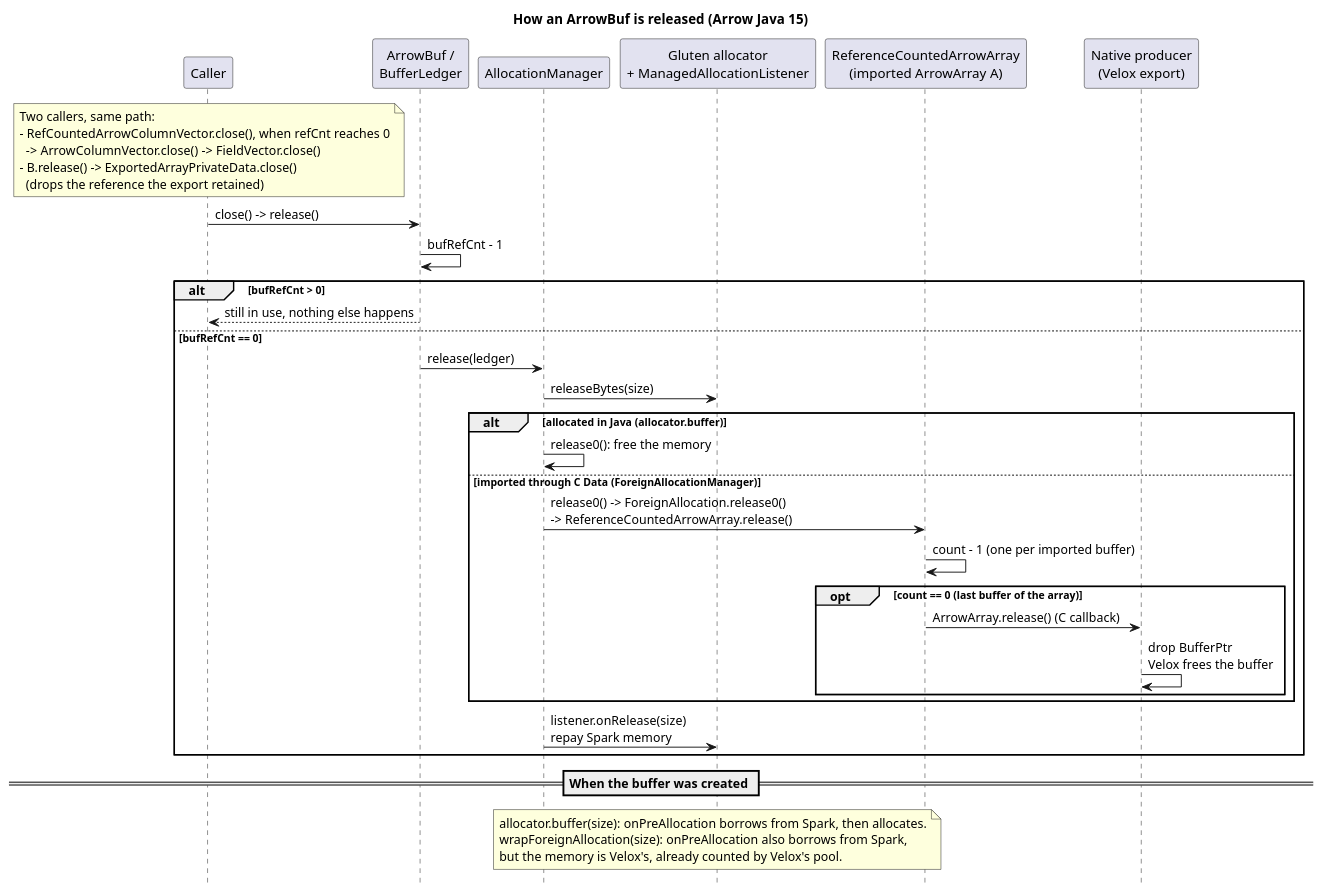
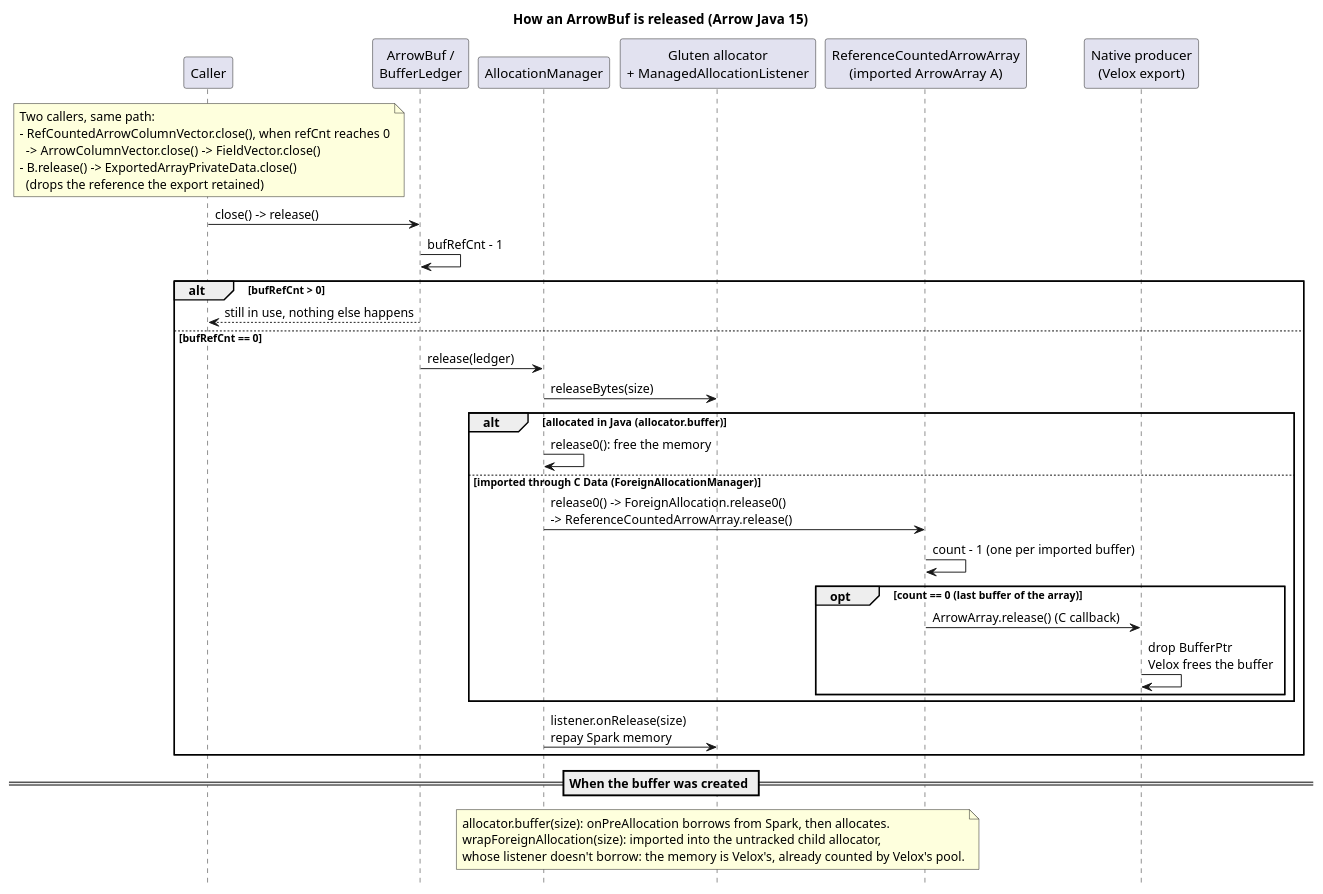
One commit to FelixYBW/gluten changed the second of 2 diagrams in docs/backends/velox/developers/ArrowColumnarConversion.md. Above: the diagram before and after it, drawn with PlantUML. The commit also changed other lines of this file and 4 other files, not shown here.

First line of the commit message:
[GLUTEN-13381][VL] Don't reserve Spark memory again for Arrow buffers loaded from native batches

````diff
--- a/docs/backends/velox/developers/ArrowColumnarConversion.md
+++ b/docs/backends/velox/developers/ArrowColumnarConversion.md
@@ -270,52 +278,52 @@
 ```plantuml
 @startuml ArrowBufReleaseDispatch
 skinparam shadowing false
 skinparam sequenceMessageAlign left
 skinparam responseMessageBelowArrow true
 hide footbox
 
 title How an ArrowBuf is released (Arrow Java 15)
 
 participant "Caller" as C
 participant "ArrowBuf /\nBufferLedger" as L
 participant "AllocationManager" as M
 participant "Gluten allocator\n+ ManagedAllocationListener" as A
 participant "ReferenceCountedArrowArray\n(imported ArrowArray A)" as R
 participant "Native producer\n(Velox export)" as N
 
 note over C
   Two callers, same path:
   - RefCountedArrowColumnVector.close(), when refCnt reaches 0
     -> ArrowColumnVector.close() -> FieldVector.close()
   - B.release() -> ExportedArrayPrivateData.close()
     (drops the reference the export retained)
 end note
 
 C -> L : close() -> release()
 L -> L : bufRefCnt - 1
 alt bufRefCnt > 0
   L --> C : still in use, nothing else happens
 else bufRefCnt == 0
   L -> M : release(ledger)
   M -> A : releaseBytes(size)
   alt allocated in Java (allocator.buffer)
     M -> M : release0(): free the memory
   else imported through C Data (ForeignAllocationManager)
     M -> R : release0() -> ForeignAllocation.release0()\n-> ReferenceCountedArrowArray.release()
     R -> R : count - 1 (one per imported buffer)
     opt count == 0 (last buffer of the array)
       R -> N : ArrowArray.release() (C callback)
       N -> N : drop BufferPtr\nVelox frees the buffer
     end
   end
   M -> A : listener.onRelease(size)\nrepay Spark memory
 end
 
 == When the buffer was created ==
 note over A
   allocator.buffer(size): onPreAllocation borrows from Spark, then allocates.
-  wrapForeignAllocation(size): onPreAllocation also borrows from Spark,
-  but the memory is Velox's, already counted by Velox's pool.
+  wrapForeignAllocation(size): imported into the untracked child allocator,
+  whose listener doesn't borrow: the memory is Velox's, already counted by Velox's pool.
 end note
 @enduml
 ```
````
